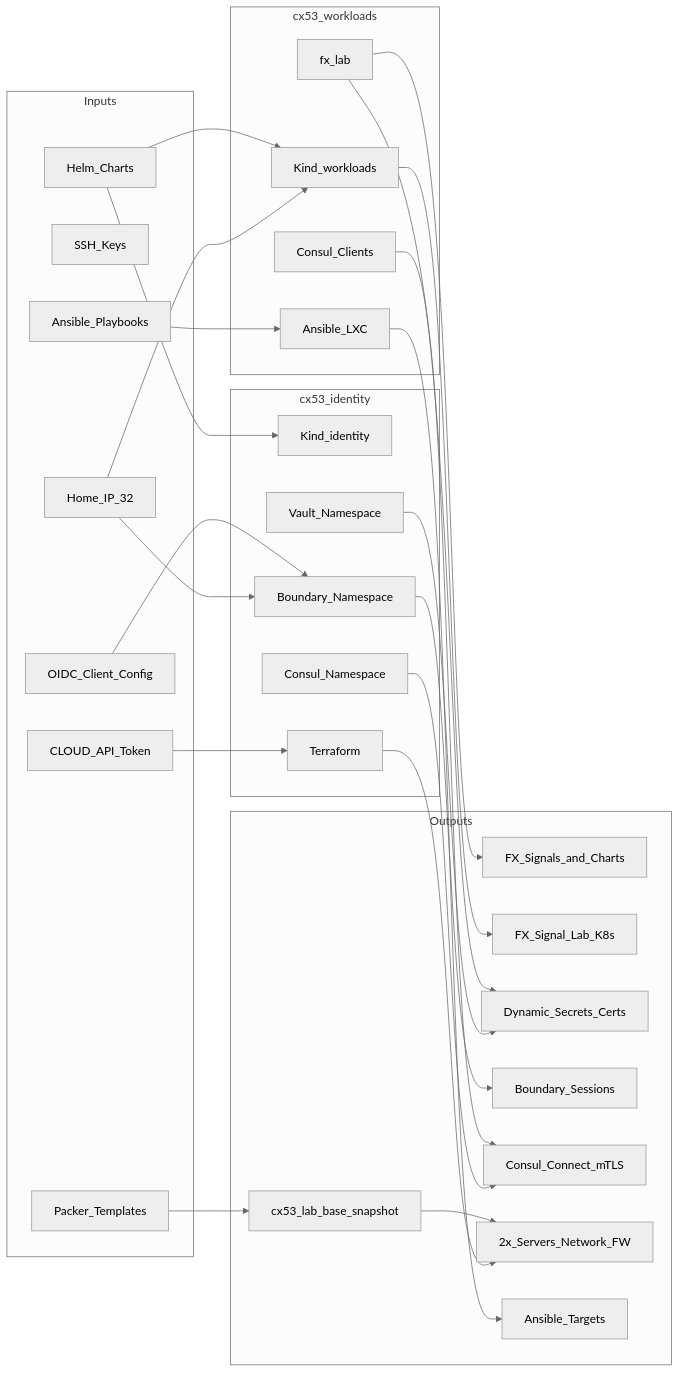
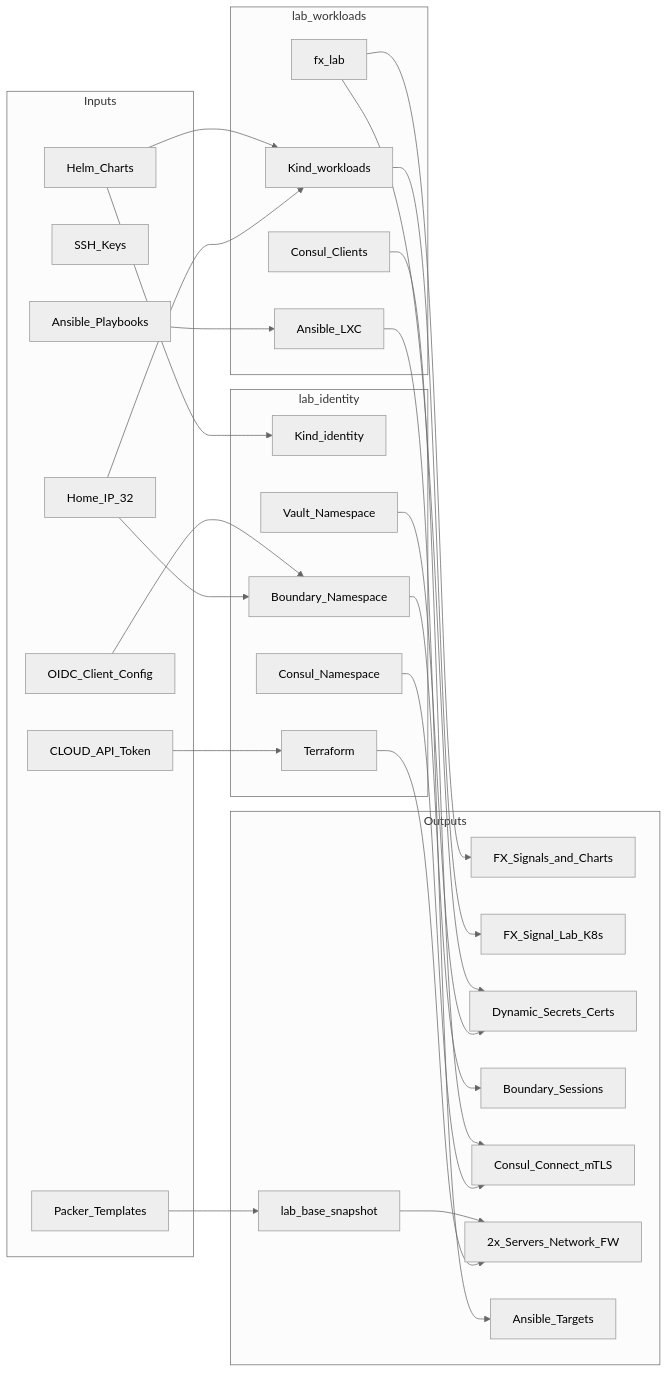
Before and after one commit to sfd-markets/cv: the fifth of 5 diagrams in _portfolio/vps-devops-lab.md, drawn with Mermaid (neutral theme). The commit also changed other lines of this file and 1 other file, not shown here.

````diff
--- a/_portfolio/vps-devops-lab.md
+++ b/_portfolio/vps-devops-lab.md
@@ -611,58 +611,58 @@
 ```mermaid
 flowchart LR
   subgraph inputs [Inputs]
     homeIP[Home_IP_32]
     sshKeys[SSH_Keys]
     cloudApiToken[CLOUD_API_Token]
     packerTemplates[Packer_Templates]
     helmCharts[Helm_Charts]
     ansiblePlaybooks[Ansible_Playbooks]
     oidcConfig[OIDC_Client_Config]
   end
 
-  subgraph identityHub [cx53_identity]
+  subgraph identityHub [lab_identity]
     kindID[Kind_identity]
     vaultNS[Vault_Namespace]
     boundaryNS[Boundary_Namespace]
     consulNS[Consul_Namespace]
     terraformHost[Terraform]
   end
 
-  subgraph workloadsHub [cx53_workloads]
+  subgraph workloadsHub [lab_workloads]
     kindWL[Kind_workloads]
     fxLabNS[fx_lab]
     ansibleLXC[Ansible_LXC]
     consulClient[Consul_Clients]
   end
 
   subgraph outputs [Outputs]
     fxSignals[FX_Signals_and_Charts]
     k8sWorkloads[FX_Signal_Lab_K8s]
     vaultSecrets[Dynamic_Secrets_Certs]
     brokeredSessions[Boundary_Sessions]
     serviceMesh[Consul_Connect_mTLS]
     hcloudResources[2x_Servers_Network_FW]
-    hcloudSnapshotOut[cx53_lab_base_snapshot]
+    hcloudSnapshotOut[lab_base_snapshot]
     configuredHosts[Ansible_Targets]
   end
 
   homeIP --> boundaryNS
   homeIP --> kindWL
   cloudApiToken --> terraformHost
   packerTemplates --> hcloudSnapshotOut
   helmCharts --> kindID
   helmCharts --> kindWL
   ansiblePlaybooks --> ansibleLXC
   oidcConfig --> boundaryNS
 
   kindWL --> k8sWorkloads
   fxLabNS --> fxSignals
   vaultNS --> vaultSecrets
   fxLabNS --> vaultSecrets
   boundaryNS --> brokeredSessions
   consulNS --> serviceMesh
   consulClient --> serviceMesh
   terraformHost --> hcloudResources
   hcloudSnapshotOut --> hcloudResources
   ansibleLXC --> configuredHosts
 ```
````
